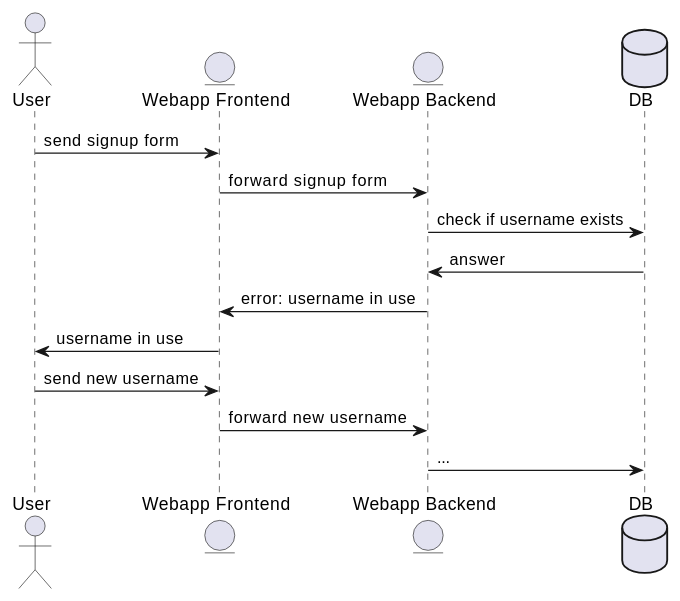
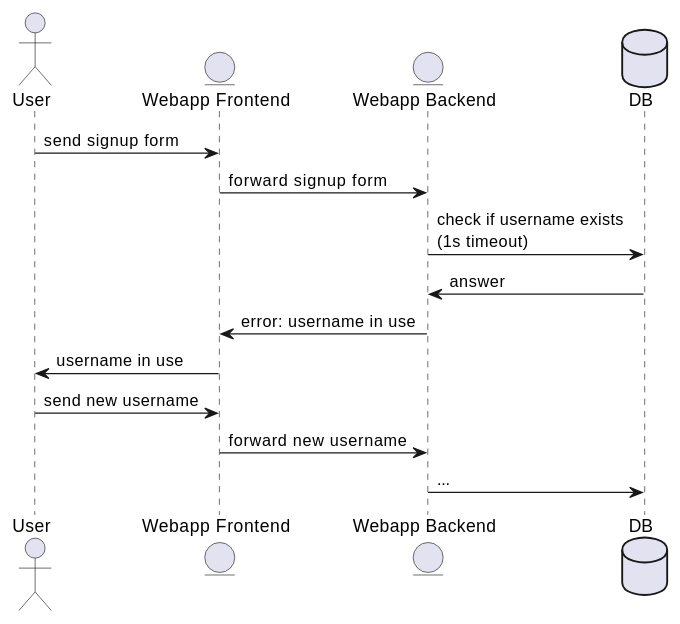
The sixth of 8 diagrams in docs/src/06_runtime_view.adoc (Arquisoft/wiq_en1b), drawn with PlantUML before and after one commit. The commit also changed other lines of this file, not shown here.

Commit message:
Added time limit and changed Answer Question diagram

```diff
--- a/docs/src/06_runtime_view.adoc
+++ b/docs/src/06_runtime_view.adoc
@@ -128,16 +128,16 @@
 [plantuml,"Signup failure",png]
 ----
 actor User
 entity Frontend as "Webapp Frontend"
 entity Backend as "Webapp Backend"
 database DB
 User -> Frontend: send signup form
 Frontend -> Backend: forward signup form
-Backend -> DB: check if username exists
+Backend -> DB: check if username exists\n(1s timeout)
 DB -> Backend: answer
 Backend -> Frontend: error: username in use
 Frontend -> User: username in use
 User -> Frontend: send new username
 Frontend -> Backend: forward new username
 Backend -> DB: ...
 ----
```
